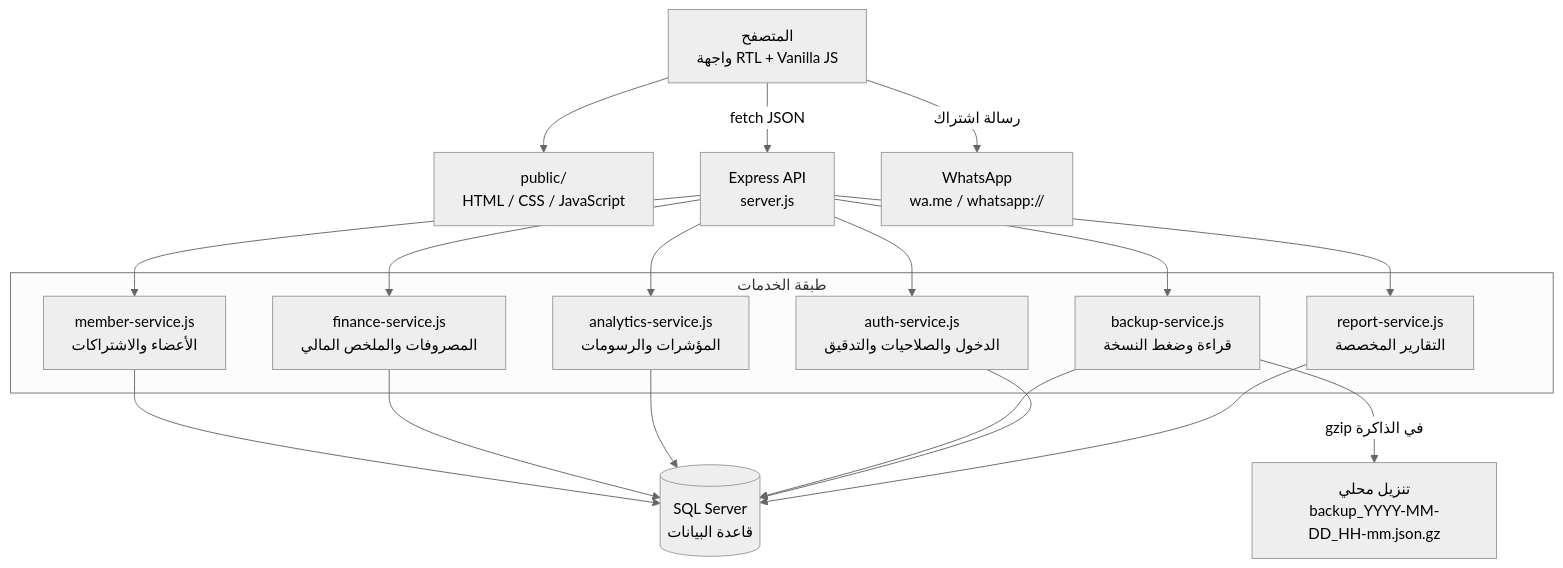
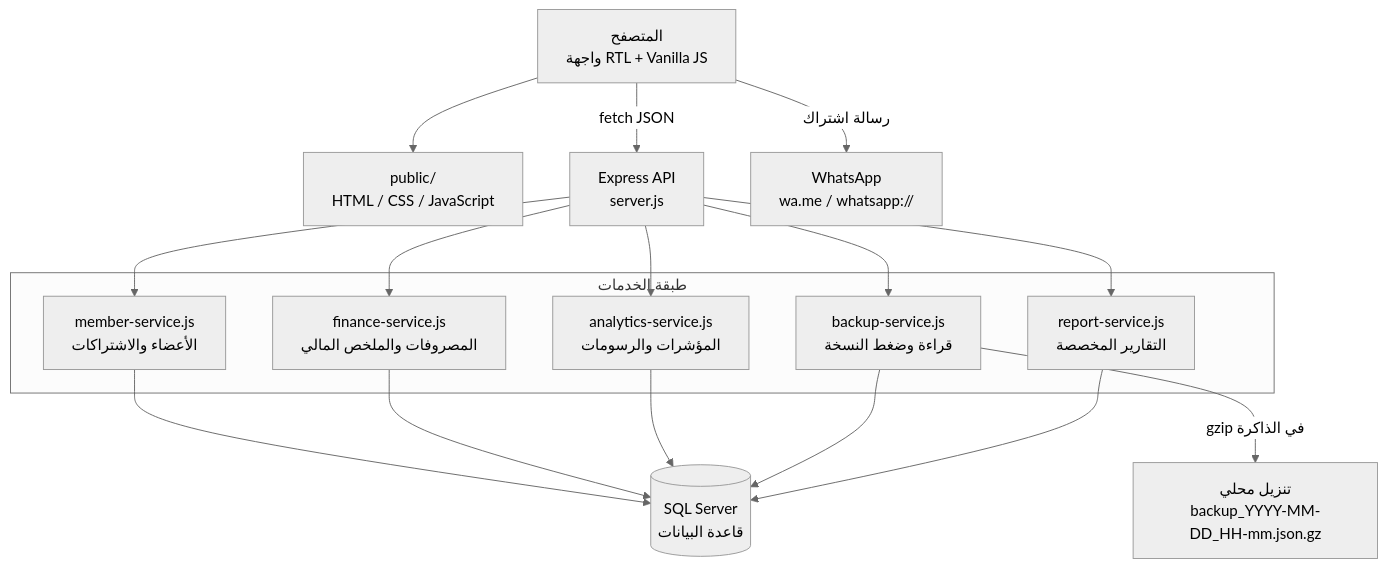
Before and after one commit to AhmedSalem104/Top-Gym-Managment: the first of 5 diagrams in README.md, drawn with Mermaid (neutral theme). The commit also changed other lines of this file and 12 other files, not shown here.

````diff
--- a/README.md
+++ b/README.md
@@ -51,36 +47,33 @@
 ```mermaid
 flowchart TB
     Browser["المتصفح<br/>واجهة RTL + Vanilla JS"]
     Assets["public/<br/>HTML / CSS / JavaScript"]
     API["Express API<br/>server.js"]
 
     subgraph Services["طبقة الخدمات"]
         Members["member-service.js<br/>الأعضاء والاشتراكات"]
         Finance["finance-service.js<br/>المصروفات والملخص المالي"]
         Analytics["analytics-service.js<br/>المؤشرات والرسومات"]
         Backup["backup-service.js<br/>قراءة وضغط النسخة"]
-        Auth["auth-service.js<br/>الدخول والصلاحيات والتدقيق"]
         Reports["report-service.js<br/>التقارير المخصصة"]
     end
 
     SQL[("SQL Server<br/>قاعدة البيانات")]
     WhatsApp["WhatsApp<br/>wa.me / whatsapp://"]
     Download["تنزيل محلي<br/>backup_YYYY-MM-DD_HH-mm.json.gz"]
 
     Browser --> Assets
     Browser -->|fetch JSON| API
     API --> Members
     API --> Finance
     API --> Analytics
     API --> Backup
-    API --> Auth
     API --> Reports
     Members --> SQL
     Finance --> SQL
     Analytics --> SQL
     Backup --> SQL
-    Auth --> SQL
     Reports --> SQL
     Backup -->|gzip في الذاكرة| Download
     Browser -->|رسالة اشتراك| WhatsApp
 ```
````
